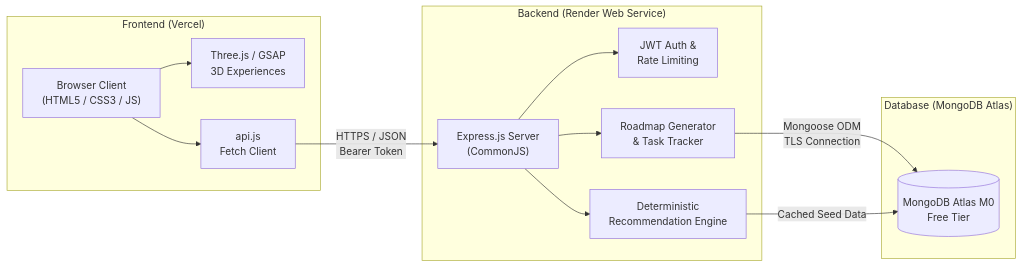
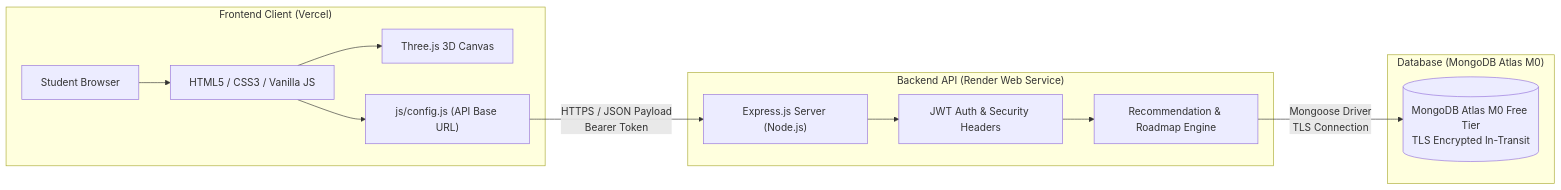
The diagram in docs/DEPLOYMENT.md (parthpatil1234p-svg/disheera), drawn with Mermaid before and after one commit. The commit also changed other lines of this file and 30 other files, not shown here.

````diff
--- a/docs/DEPLOYMENT.md
+++ b/docs/DEPLOYMENT.md
@@ -10,25 +12,23 @@
 ```mermaid
 flowchart LR
-    subgraph ClientLayer ["Frontend (Vercel)"]
-        A["Browser Client\n(HTML5 / CSS3 / JS)"] --> B["Three.js / GSAP\n3D Experiences"]
-        A --> C["api.js\nFetch Client"]
+    subgraph ClientLayer ["Frontend Client (Vercel)"]
+        Browser["Student Browser"] --> StaticAssets["HTML5 / CSS3 / Vanilla JS"]
+        StaticAssets --> ThreeJS["Three.js 3D Canvas"]
+        StaticAssets --> Config["js/config.js (API Base URL)"]
     end
 
-    subgraph BackendLayer ["Backend (Render Web Service)"]
-        D["Express.js Server\n(CommonJS)"]
-        E["JWT Auth &\nRate Limiting"]
-        F["Deterministic\nRecommendation Engine"]
-        G["Roadmap Generator\n& Task Tracker"]
-        D --> E
-        D --> F
-        D --> G
+    subgraph BackendLayer ["Backend API (Render Web Service)"]
+        Express["Express.js Server (Node.js)"]
+        AuthMid["JWT Auth & Security Headers"]
+        RecService["Recommendation & Roadmap Engine"]
+        Express --> AuthMid
+        AuthMid --> RecService
     end
 
-    subgraph DatabaseLayer ["Database (MongoDB Atlas)"]
-        H[("MongoDB Atlas M0\nFree Tier")]
+    subgraph DatabaseLayer ["Database (MongoDB Atlas M0)"]
+        AtlasCluster[("MongoDB Atlas M0 Free Tier\nTLS Encrypted In-Transit")]
     end
 
-    C -- "HTTPS / JSON\nBearer Token" --> D
-    G -- "Mongoose ODM\nTLS Connection" --> H
-    F -- "Cached Seed Data" --> H
+    Config -- "HTTPS / JSON Payload\nBearer Token" --> Express
+    RecService -- "Mongoose Driver\nTLS Connection" --> AtlasCluster
 ```
````
